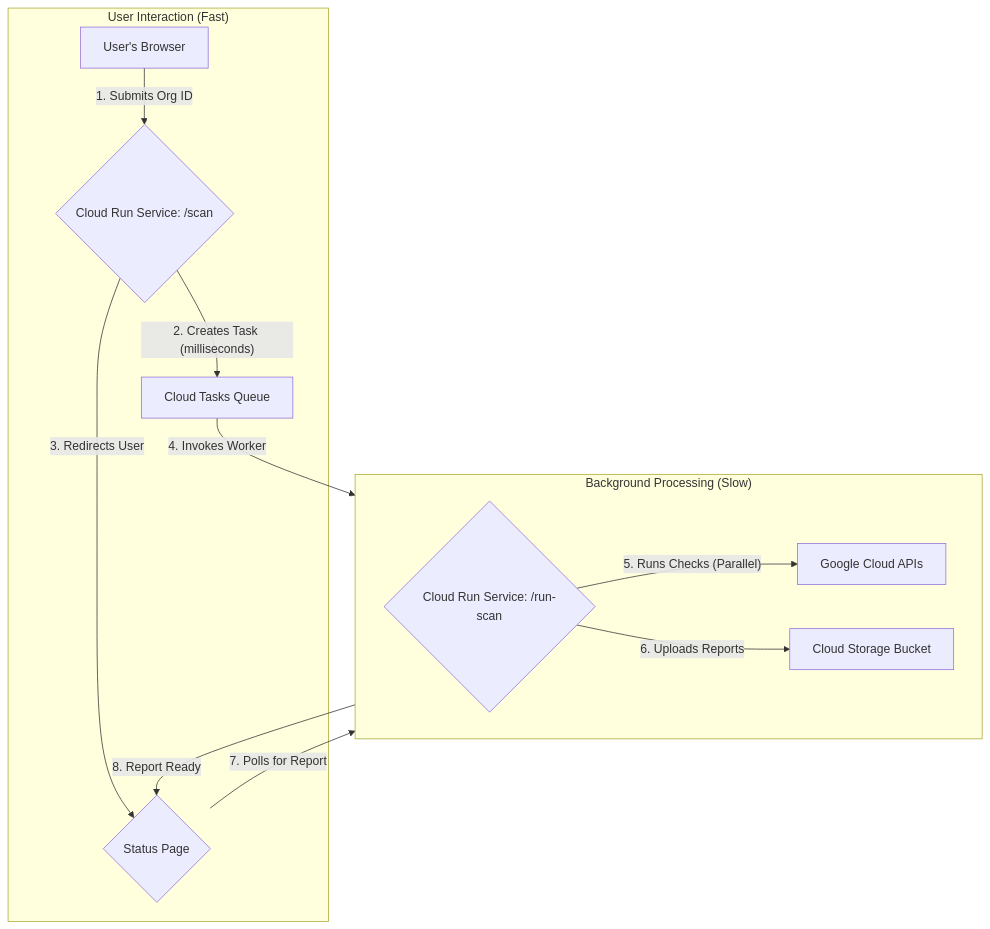
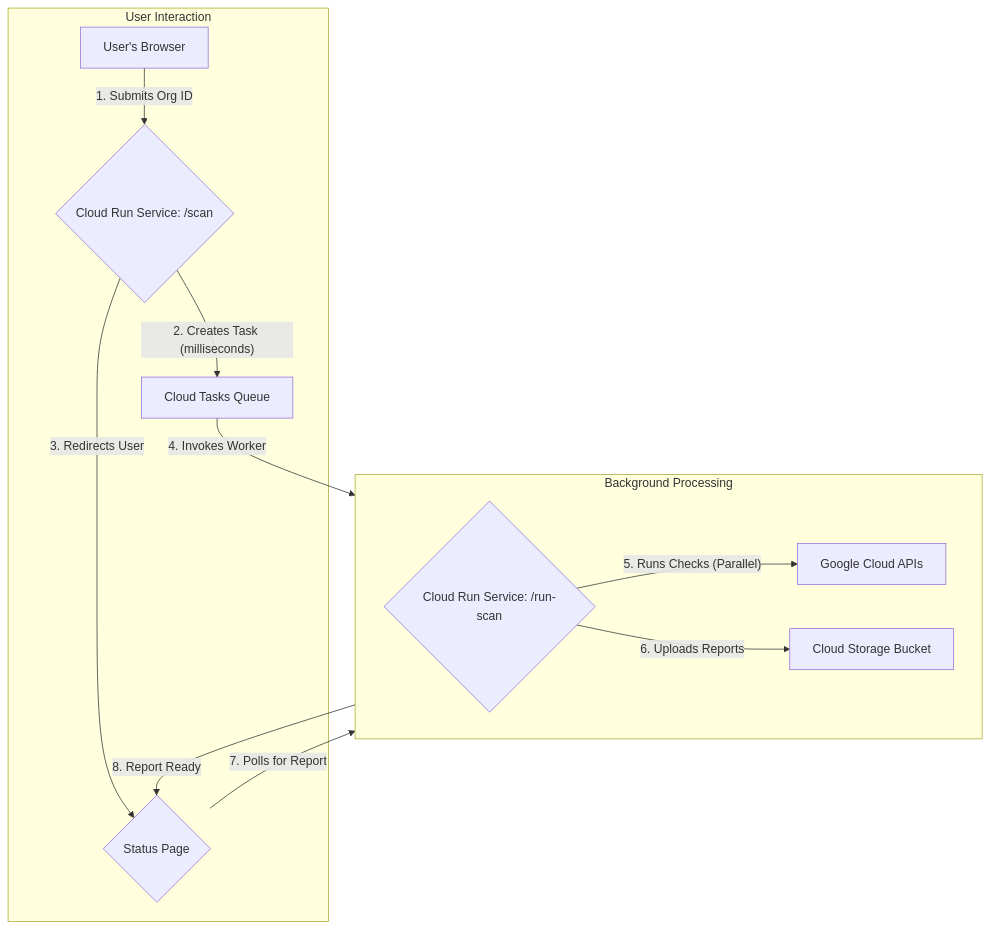
One commit to prateek-joonix/CloudGauge changed the diagram in README.md. Above: the diagram before and after it, drawn with Mermaid.

````diff
--- a/README.md
+++ b/README.md
@@ -74,18 +74,18 @@
 ```mermaid
 graph TD
-    subgraph "User Interaction (Fast)"
+    subgraph "User Interaction "
         A[User's Browser] -- 1. Submits Org ID --> B{Cloud Run Service: /scan};
         B -- 2. Creates Task (milliseconds) --> C[Cloud Tasks Queue];
         B -- 3. Redirects User --> G{Status Page};
     end
 
-    subgraph "Background Processing (Slow)"
+    subgraph "Background Processing "
       direction LR
       D{Cloud Run Service: /run-scan} -- 5. Runs Checks (Parallel)--> E[Google Cloud APIs];
       D -- 6. Uploads Reports --> F[Cloud Storage Bucket];
     end
 
     C -- 4. Invokes Worker --> D;
     G -- 7. Polls for Report --> F;
     F -- 8. Report Ready --> G;
 ```
````
